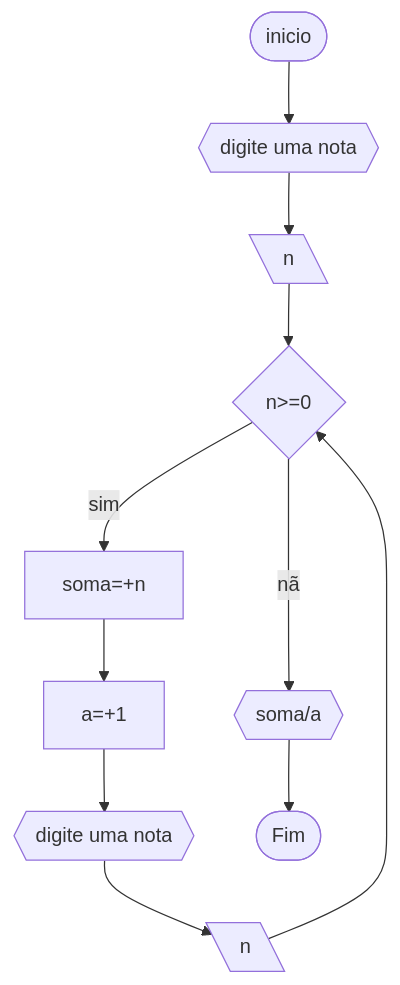
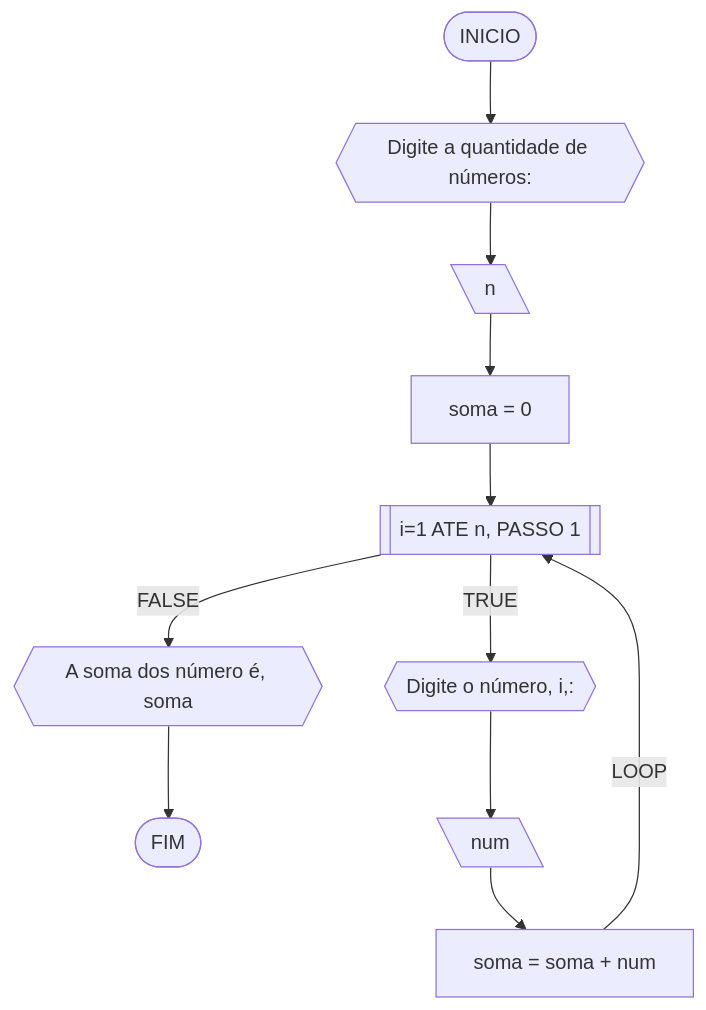
One commit to Davicesmeraldo/UNIFOR changed diagram 12 of 20 in RLA/lista_exercíciosAV1.md. Above: the diagram before and after it, drawn with Mermaid. The commit also changed other lines of this file, not shown here.

````diff
--- a/RLA/lista_exercíciosAV1.md
+++ b/RLA/lista_exercíciosAV1.md
@@ -457,13 +775,13 @@
 ```mermaid
 flowchart TD
-A([inicio])-->B{{"digite uma nota"}}
-B-->C[\n\]
-C-->D{n>=0}
-D--não-->E{{soma/a}}
-D--sim-->F[soma=+n]
-F-->G[a=+1]
-G-->H{{"digite uma nota"}}
-H-->I[\n\]
-I-->D
-E-->J([Fim])
+A([INICIO]) --> B{{"Digite a quantidade de números:"}}
+B --> C[\n\]
+C --> D[soma = 0]
+D --> E[[i=1 ATE n, PASSO 1]]
+E --FALSE--> F{{A soma dos número é, soma}}
+F --> L([FIM])
+E --TRUE--> G{{Digite o número, i,:}}
+G --> H[\num\]
+H --> I[soma = soma + num]
+I --LOOP--> E
 ```
````
